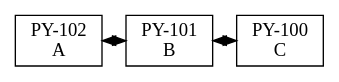
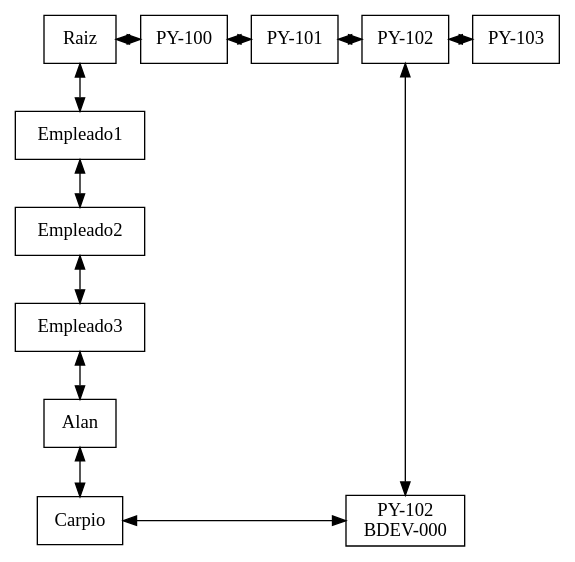
Before and after one commit to AlanCarpio/Proyecto_Fase1_EDD: the diagram in src/matriz.dot, drawn with Graphviz. The commit also changed 12 other files, not shown here.

```diff
--- a/src/matriz.dot
+++ b/src/matriz.dot
@@ -1,14 +1,48 @@
-digraph ColaPrioridad{ 
-    node[shape=box] 
-    rankdir=UD;
-    {rank=same; 
-    nodo0x730588[label="PY-100\nC" ,group=0];
-   
-    nodo0x73af58[label="PY-101\nB" ,group=1];
-    
-    
-    nodo0x73b040[label="PY-102\nA" ,group=2]; 
-    } 
-    nodo0x73af58 -> nodo0x730588 [dir=both];nodo0x73af58
-    nodo0x73b040 -> nodo0x73af58 [dir=both];nodo0x73b040
+digraph MatrizCapa{ 
+ node[shape=box] 
+ rankdir=UD;
+{rank=same; 
+nodo0x1916d8[label="Raiz" ,group=0]; 
+nodo0x191750[label="PY-100" ,group=1]; 
+nodo0x191778[label="PY-101" ,group=2]; 
+nodo0x1917a0[label="PY-102" ,group=3]; 
+nodo0x1917c8[label="PY-103" ,group=4]; 
 } 
+{rank=same; 
+nodo0x1918e0[label="Empleado1" ,group=0]; 
+} 
+{rank=same; 
+nodo0x19a688[label="Empleado2" ,group=0]; 
+} 
+{rank=same; 
+nodo0x19a700[label="Empleado3" ,group=0]; 
+} 
+{rank=same; 
+nodo0x19b550[label="Alan" ,group=0]; 
+} 
+{rank=same; 
+nodo0x19b438[label="Carpio" ,group=0]; 
+nodo0x19b5f0[label="PY-102\nBDEV-000" ,group=3]; 
+} 
+{rank=same; 
+} 
+{rank=same; 
+} 
+{rank=same; 
+} 
+{rank=same; 
+} 
+{rank=same; 
+} 
+nodo0x1916d8 -> nodo0x191750 [dir=both];
+nodo0x191750 -> nodo0x191778 [dir=both];
+nodo0x191778 -> nodo0x1917a0 [dir=both];
+nodo0x1917a0 -> nodo0x1917c8 [dir=both];
+nodo0x1916d8 -> nodo0x1918e0 [dir=both];
+nodo0x1918e0 -> nodo0x19a688 [dir=both];
+nodo0x19a688 -> nodo0x19a700 [dir=both];
+nodo0x19a700 -> nodo0x19b550 [dir=both];
+nodo0x19b550 -> nodo0x19b438 [dir=both];
+nodo0x19b438 -> nodo0x19b5f0 [dir=both];
+nodo0x1917a0 -> nodo0x19b5f0 [dir=both];
+} 
```
